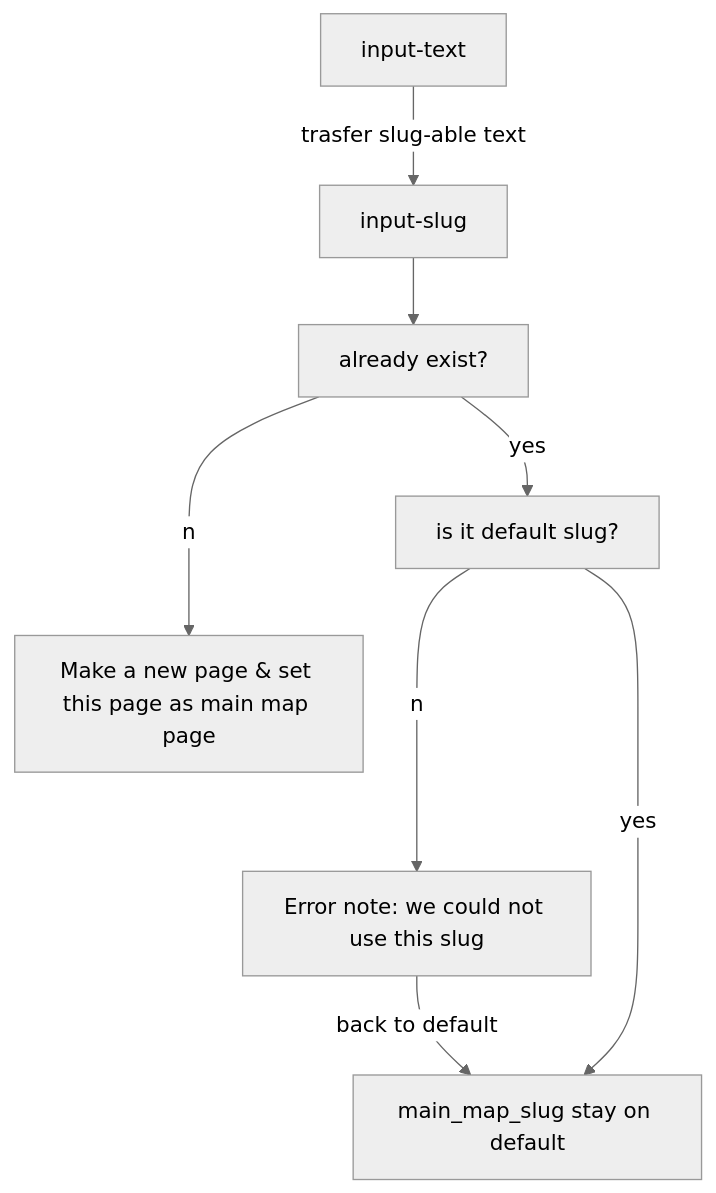
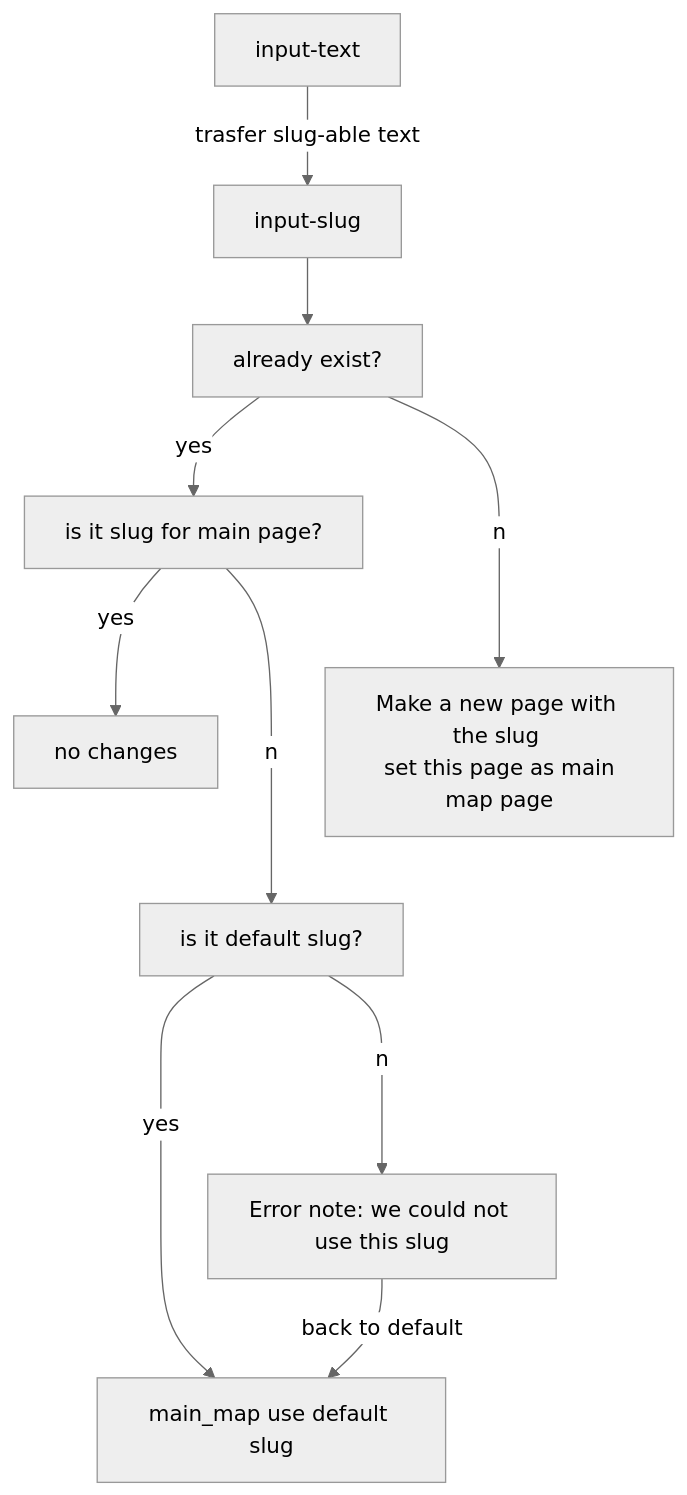
The diagram in README.md (Diane-Kang/Sinngrund-Kulturdatenbank-plugin), drawn with Mermaid (neutral theme) before and after one commit. The commit also changed other lines of this file and 3 other files, not shown here.

Commit message:
back up files: main page list generated by php, Now the list generated by javascript

````diff
--- a/README.md
+++ b/README.md
@@ -81,8 +73,9 @@
 ```mermaid
 flowchart TB
 A[input-text]--trasfer slug-able text --> B[input-slug]
-B-->C[already exist?]--yes-->E[is it default slug?]
+B-->C[already exist?]--yes-->I[is it slug for main page?]--yes-->H[no changes]
+I--no-->E[is it default slug?]
+E--yes-->F[main_map use default slug]
 E--no-->D[Error note: we could not use this slug]--back to default-->F
-E--yes-->F[main_map_slug stay on default ]
-C--no-->G[Make a new page & set this page as main map page]
+C--no-->G[Make a new page with the slug <br> set this page as main map page]
 ```
````
